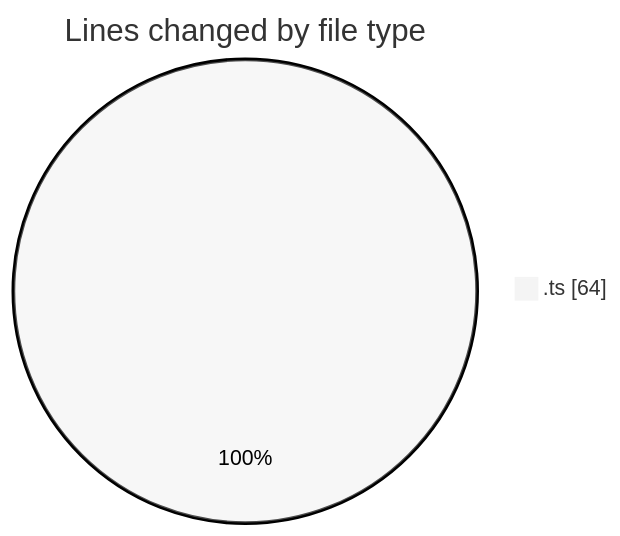
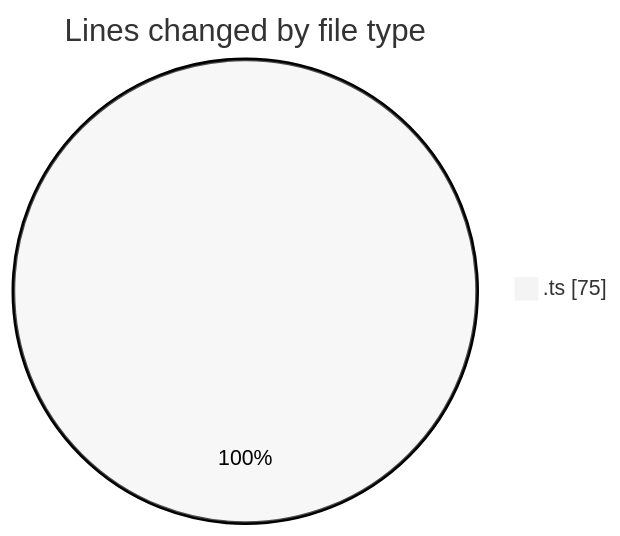
One commit to igalym/code-tracking changed the first of 2 diagrams in 2026-03-30/cinema/README.md. Above: the diagram before and after it, drawn with Mermaid (neutral theme). The commit also changed other lines of this file and 1 other file, not shown here.

````diff
--- a/2026-03-30/cinema/README.md
+++ b/2026-03-30/cinema/README.md
@@ -22,5 +22,5 @@
 ```mermaid
 pie showData
 title Lines changed by file type
-".ts" : 64
+".ts" : 75
 ```
````
